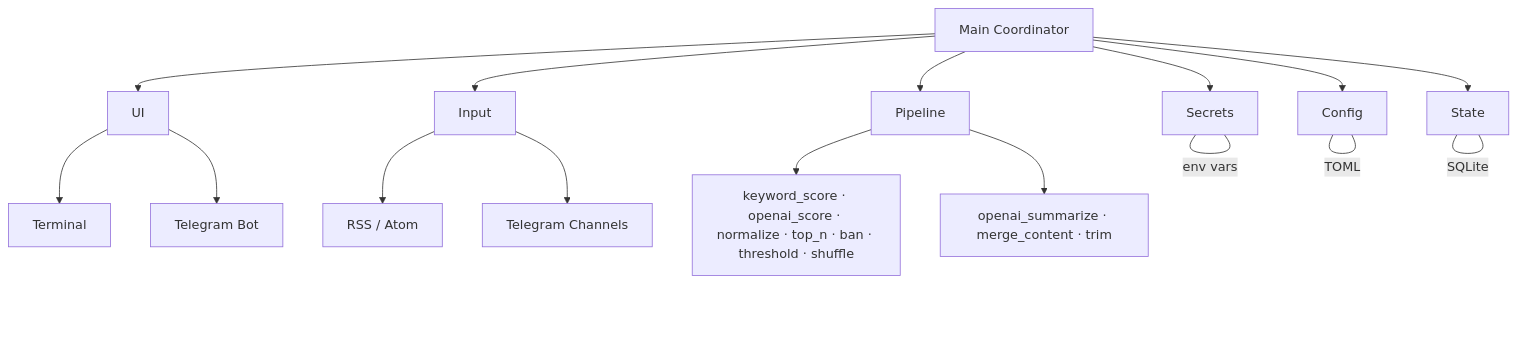
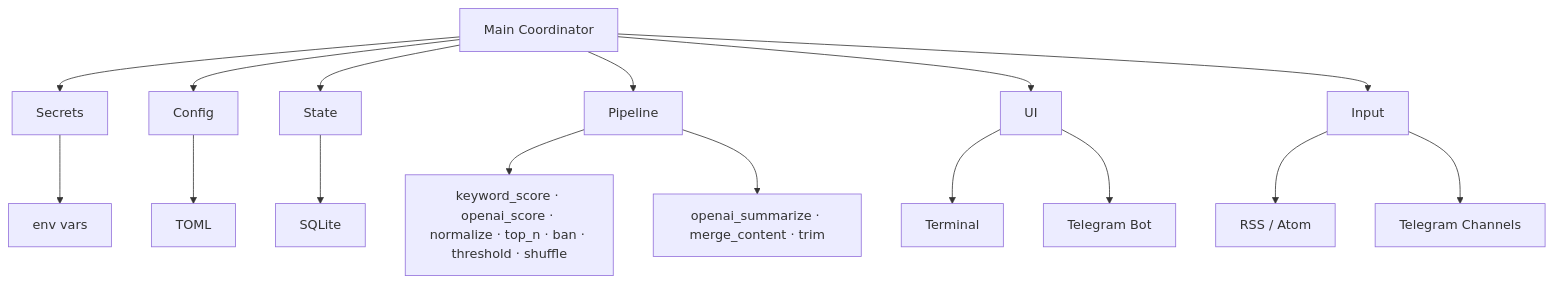
The second of 4 diagrams in README.md (KonH/SmartReader), drawn with Mermaid before and after one commit. The commit also changed other lines of this file, not shown here.

Commit message:
Fix Mermaid diagram issues in README
- Architecture diagram: replace self-referencing loop nodes for State/Config/Secrets with proper two-node arrows (matching the Input pattern)
- Scoring diagram: replace literal \n in node labels with <br/> so Mermaid renders actual line breaks

````diff
--- a/README.md
+++ b/README.md
@@ -42,22 +42,22 @@
 ```mermaid
 flowchart TD
     C[Main Coordinator] --> Sec[Secrets]
     C --> Cfg[Config]
     C --> St[State]
     C --> Pip[Pipeline]
     C --> UI[UI]
     C --> Inp[Input]
 
     UI --> TUI[Terminal]
     UI --> TBot[Telegram Bot]
 
     Inp --> RSS[RSS / Atom]
     Inp --> TG[Telegram Channels]
 
     Pip --> Scoring["keyword_score · openai_score · normalize · top_n · ban · threshold · shuffle"]
     Pip --> Summarize["openai_summarize · merge_content · trim"]
 
-    St --- |SQLite| St
-    Cfg --- |TOML| Cfg
-    Sec --- |env vars| Sec
+    St --> StImpl[SQLite]
+    Cfg --> CfgImpl[TOML]
+    Sec --> SecImpl[env vars]
 ```
````
